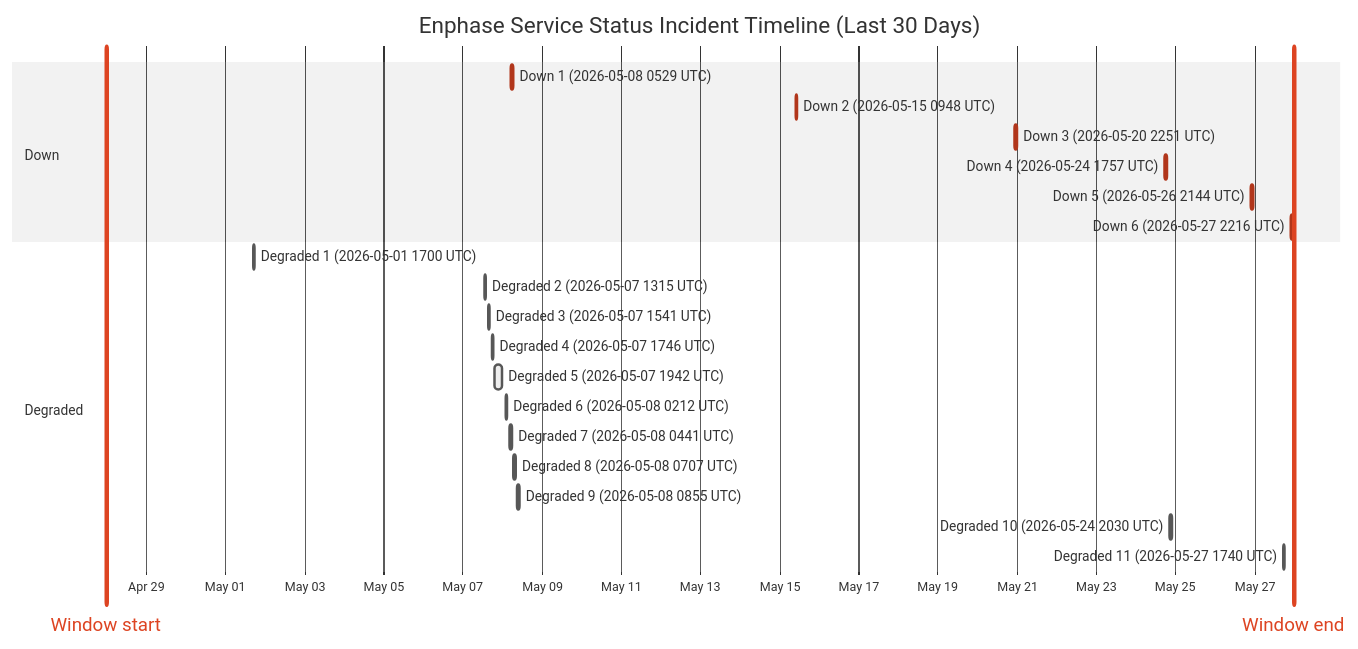
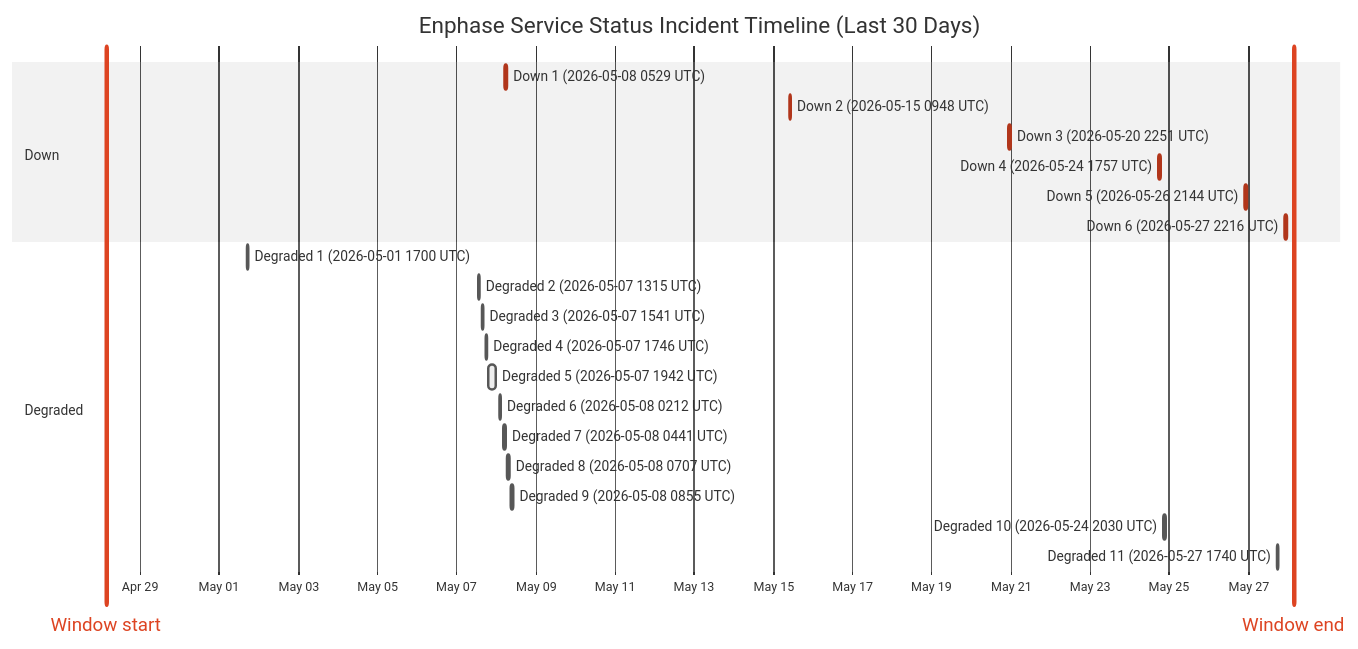
The diagram in wiki/Service-Status-History.md (barneyonline/ha-enphase-ev-charger), drawn with Mermaid (neutral theme) before and after one commit. The commit also changed other lines of this file and 5 other files, not shown here.

````diff
--- a/wiki/Service-Status-History.md
+++ b/wiki/Service-Status-History.md
@@ -14,27 +14,27 @@
 ```mermaid
 gantt
     title Enphase Service Status Incident Timeline (Last 30 Days)
     dateFormat  YYYY-MM-DDTHH:mm:ss
     axisFormat  %b %d
-    Window start :vert, window-start, 2026-04-27T23:44:24, 0ms
-    Window end :vert, window-end, 2026-05-27T23:44:24, 0ms
+    Window start :vert, window-start, 2026-04-28T03:30:17, 0ms
+    Window end :vert, window-end, 2026-05-28T03:30:17, 0ms
     section Down
     Down 1 (2026-05-08 0529 UTC) :crit, down-1, 2026-05-08T05:29:47, 60m
     Down 2 (2026-05-15 0948 UTC) :crit, down-2, 2026-05-15T09:48:18, 60m
     Down 3 (2026-05-20 2251 UTC) :crit, down-3, 2026-05-20T22:51:14, 75m
     Down 4 (2026-05-24 1757 UTC) :crit, down-4, 2026-05-24T17:57:41, 86m
     Down 5 (2026-05-26 2144 UTC) :crit, down-5, 2026-05-26T21:44:11, 85m
     Down 6 (2026-05-27 2216 UTC) :crit, down-6, 2026-05-27T22:16:53, 87m
     section Degraded
     Degraded 1 (2026-05-01 1700 UTC) :active, degraded-1, 2026-05-01T17:00:22, 60m
     Degraded 2 (2026-05-07 1315 UTC) :active, degraded-2, 2026-05-07T13:15:25, 60m
     Degraded 3 (2026-05-07 1541 UTC) :active, degraded-3, 2026-05-07T15:41:58, 60m
     Degraded 4 (2026-05-07 1746 UTC) :active, degraded-4, 2026-05-07T17:46:51, 60m
     Degraded 5 (2026-05-07 1942 UTC) :active, degraded-5, 2026-05-07T19:42:10, 249m
     Degraded 6 (2026-05-08 0212 UTC) :active, degraded-6, 2026-05-08T02:12:39, 60m
     Degraded 7 (2026-05-08 0441 UTC) :active, degraded-7, 2026-05-08T04:41:46, 60m
     Degraded 8 (2026-05-08 0707 UTC) :active, degraded-8, 2026-05-08T07:07:30, 60m
     Degraded 9 (2026-05-08 0855 UTC) :active, degraded-9, 2026-05-08T08:55:20, 88m
     Degraded 10 (2026-05-24 2030 UTC) :active, degraded-10, 2026-05-24T20:30:57, 84m
     Degraded 11 (2026-05-27 1740 UTC) :active, degraded-11, 2026-05-27T17:40:52, 60m
 ```
````
